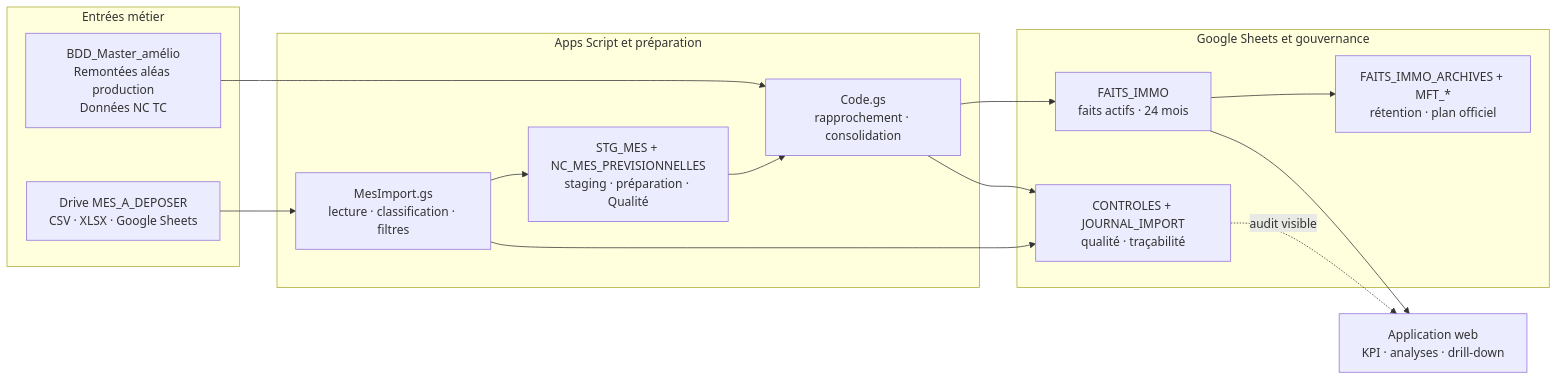
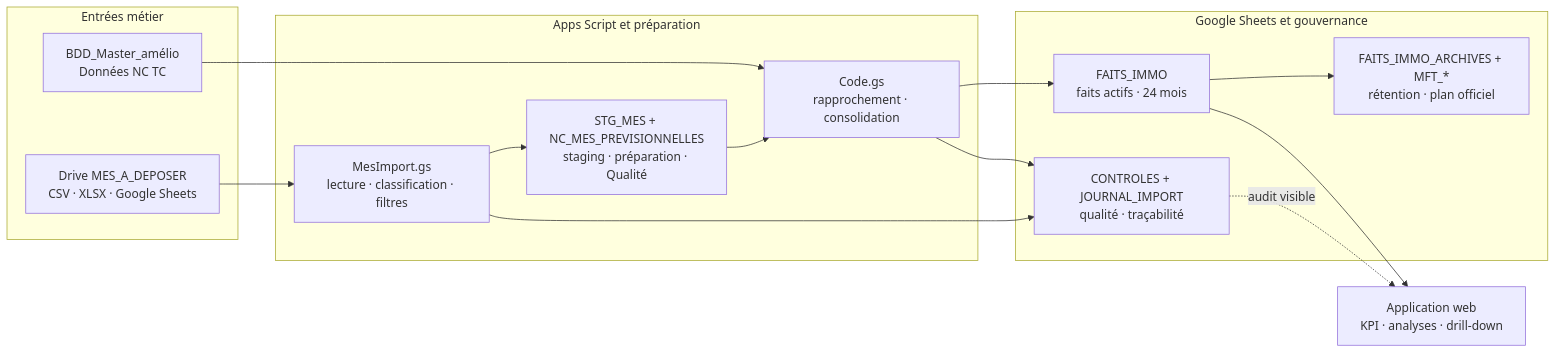
One commit to AtomCrtr/Dashboard-PA-TC changed the diagram in Dashboard Pilote Machine TC/docs/architecture/ARCHITECTURE-DATA-FLOW.md. Above: the diagram before and after it, drawn with Mermaid. The commit also changed 20 other files, not shown here.

````diff
--- a/Dashboard Pilote Machine TC/docs/architecture/ARCHITECTURE-DATA-FLOW.md
+++ b/Dashboard Pilote Machine TC/docs/architecture/ARCHITECTURE-DATA-FLOW.md
@@ -11,29 +11,29 @@
 ```mermaid
 flowchart LR
   subgraph METIER["Entrées métier"]
-    SOURCES["BDD_Master_amélio<br/>Remontées aléas production<br/>Données NC TC"]
+    SOURCES["BDD_Master_amélio<br/>Données NC TC"]
     MES["Drive MES_A_DEPOSER<br/>CSV · XLSX · Google Sheets"]
   end
   subgraph PIPELINE["Apps Script et préparation"]
     IMPORT["MesImport.gs<br/>lecture · classification · filtres"]
     STG["STG_MES + NC_MES_PREVISIONNELLES<br/>staging · préparation · Qualité"]
     CONS["Code.gs<br/>rapprochement · consolidation"]
   end
   subgraph STOCKAGE["Google Sheets et gouvernance"]
     CTRL["CONTROLES + JOURNAL_IMPORT<br/>qualité · traçabilité"]
     FACTS["FAITS_IMMO<br/>faits actifs · 24 mois"]
     ARCHIVE["FAITS_IMMO_ARCHIVES + MFT_*<br/>rétention · plan officiel"]
   end
   DASH["Application web<br/>KPI · analyses · drill-down"]
 
   SOURCES --> CONS
   MES --> IMPORT
   IMPORT --> STG
   IMPORT --> CTRL
   STG --> CONS
   CONS --> FACTS
   CONS --> CTRL
   FACTS --> ARCHIVE
   FACTS --> DASH
   CTRL -. "audit visible" .-> DASH
 ```
````
